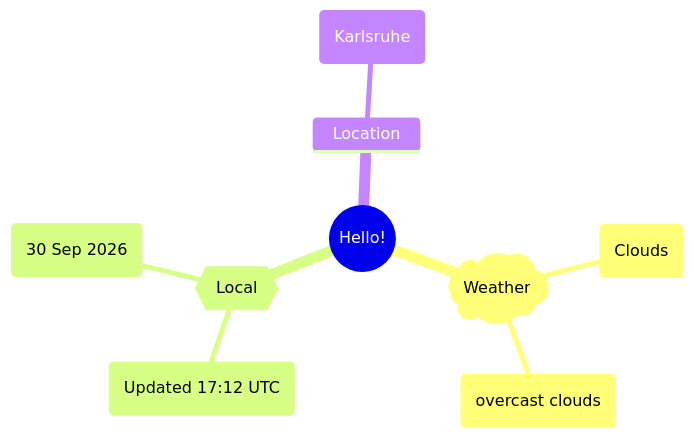
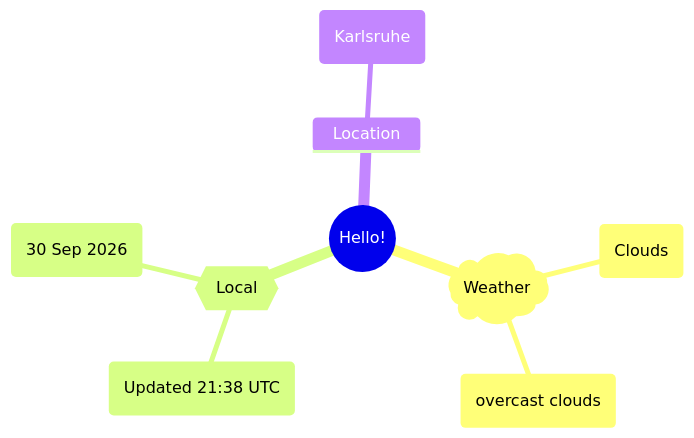
Before and after one commit to Xosrov/Xosrov: the first of 2 diagrams in README.md, drawn with Mermaid.

Commit message:
[bot] updated images

````diff
--- a/README.md
+++ b/README.md
@@ -3,12 +3,12 @@
 ```mermaid
 mindmap
   root((Hello!))
     )Weather(
         (Clouds)
         (overcast clouds)
     {{Local}}
-        (Updated 17:12 UTC)
+        (Updated 21:38 UTC)
         (30 Sep 2026)
     Location
         (Karlsruhe)
 ```
````
